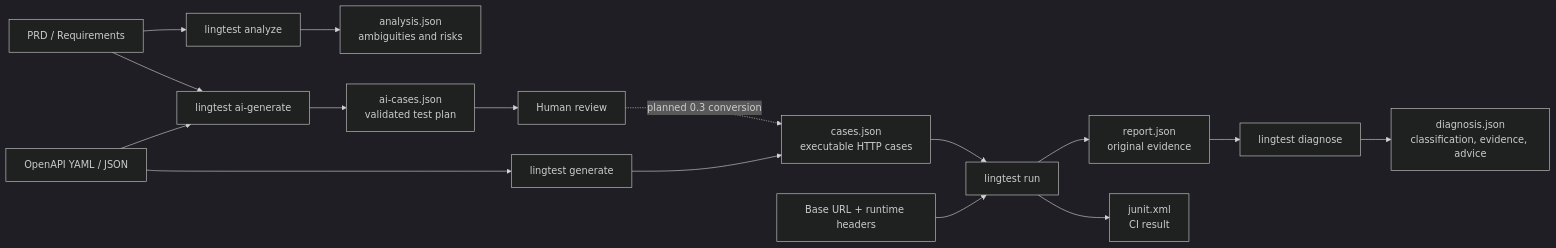
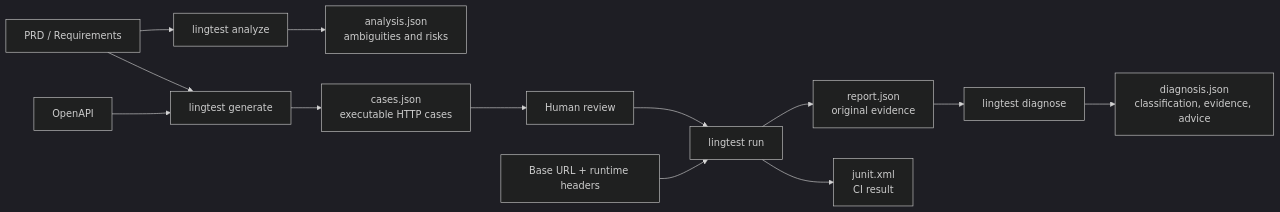
The diagram in README.md (sunweitest/lingtest-cli), drawn with Mermaid (dark theme) before and after one commit. The commit also changed other lines of this file and 37 other files, not shown here.

````diff
--- a/README.md
+++ b/README.md
@@ -178,22 +195,18 @@
 ```mermaid
 flowchart LR
     PRD["PRD / Requirements"] --> Analyze["lingtest analyze"]
     Analyze --> Analysis["analysis.json<br/>ambiguities and risks"]
 
-    PRD --> AIGenerate["lingtest ai-generate"]
-    OpenAPI["OpenAPI YAML / JSON"] --> AIGenerate
-    AIGenerate --> AIPlan["ai-cases.json<br/>validated test plan"]
-    AIPlan --> Review["Human review"]
-
     OpenAPI --> Generate["lingtest generate"]
     Generate --> Cases["cases.json<br/>executable HTTP cases"]
-    Review -.->|planned 0.3 conversion| Cases
+    PRD --> Generate
+    Cases --> Review["Human review"]
 
-    Cases --> Run["lingtest run"]
+    Review --> Run["lingtest run"]
     Runtime["Base URL + runtime headers"] --> Run
     Run --> JSONReport["report.json<br/>original evidence"]
     Run --> JUnit["junit.xml<br/>CI result"]
 
     JSONReport --> Diagnose["lingtest diagnose"]
     Diagnose --> Diagnosis["diagnosis.json<br/>classification, evidence, advice"]
 ```
````
